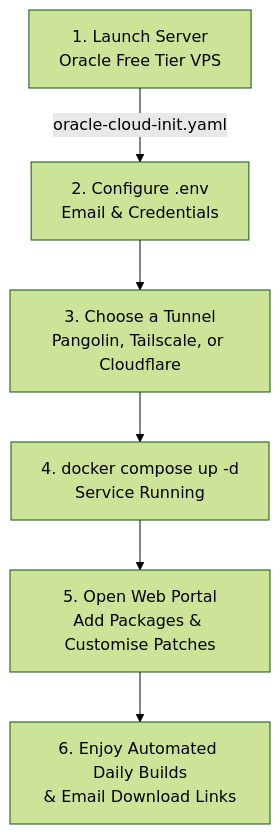
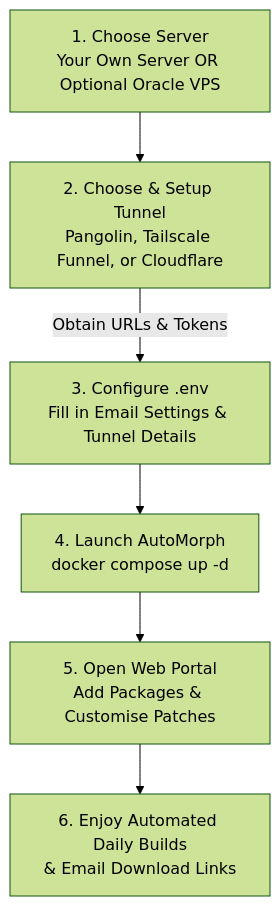
The diagram in docs/README.md (9M2PJU/AutoMorph), drawn with Mermaid (forest theme) before and after one commit. The commit also changed other lines of this file and 3 other files, not shown here.

````diff
--- a/docs/README.md
+++ b/docs/README.md
@@ -35,8 +36,8 @@
 ```mermaid
 graph TD
-    A[1. Launch Server<br/>Oracle Free Tier VPS] -->|oracle-cloud-init.yaml| B[2. Configure .env<br/>Email & Credentials]
-    B --> C[3. Choose a Tunnel<br/>Pangolin, Tailscale, or Cloudflare]
-    C --> D[4. docker compose up -d<br/>Service Running]
+    A[1. Choose Server<br/>Your Own Server OR Optional Oracle VPS] --> B[2. Choose & Setup Tunnel<br/>Pangolin, Tailscale Funnel, or Cloudflare]
+    B -->|Obtain URLs & Tokens| C[3. Configure .env<br/>Fill in Email Settings & Tunnel Details]
+    C --> D[4. Launch AutoMorph<br/>docker compose up -d]
     D --> E[5. Open Web Portal<br/>Add Packages & Customise Patches]
     E --> F[6. Enjoy Automated Daily Builds<br/>& Email Download Links]
 ```
````
